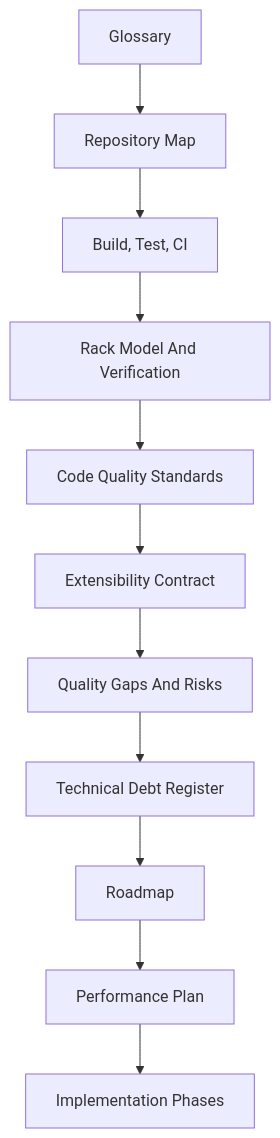
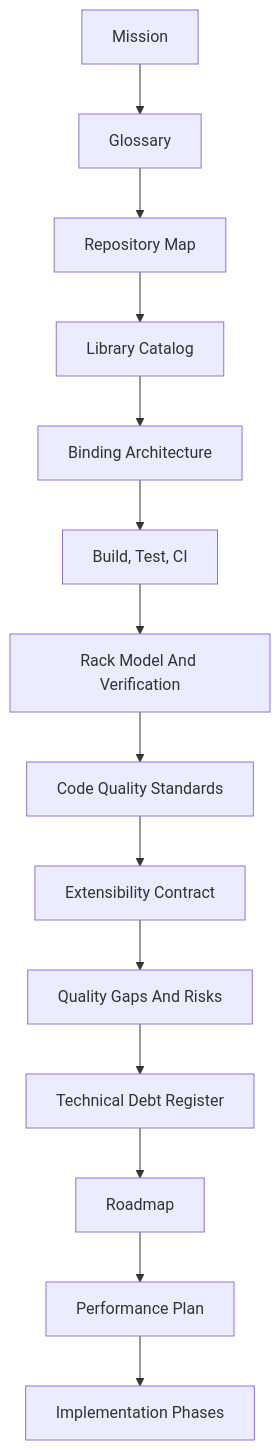
The diagram in doc/README.md (rpriyadarshi/eda_stl), drawn with Mermaid before and after one commit. The commit also changed other lines of this file and 35 other files, not shown here.

````diff
--- a/doc/README.md
+++ b/doc/README.md
@@ -29,15 +41,18 @@
 ```mermaid
 flowchart TD
+    M[Mission]
     A[Glossary]
     B[Repository Map]
+    L[Library Catalog]
+    Bi[Binding Architecture]
     C[Build, Test, CI]
     D[Rack Model And Verification]
     E[Code Quality Standards]
     F[Extensibility Contract]
     G[Quality Gaps And Risks]
     H[Technical Debt Register]
     I[Roadmap]
     J[Performance Plan]
     K[Implementation Phases]
-    A --> B --> C --> D --> E --> F --> G --> H --> I --> J --> K
+    M --> A --> B --> L --> Bi --> C --> D --> E --> F --> G --> H --> I --> J --> K
 ```
````
